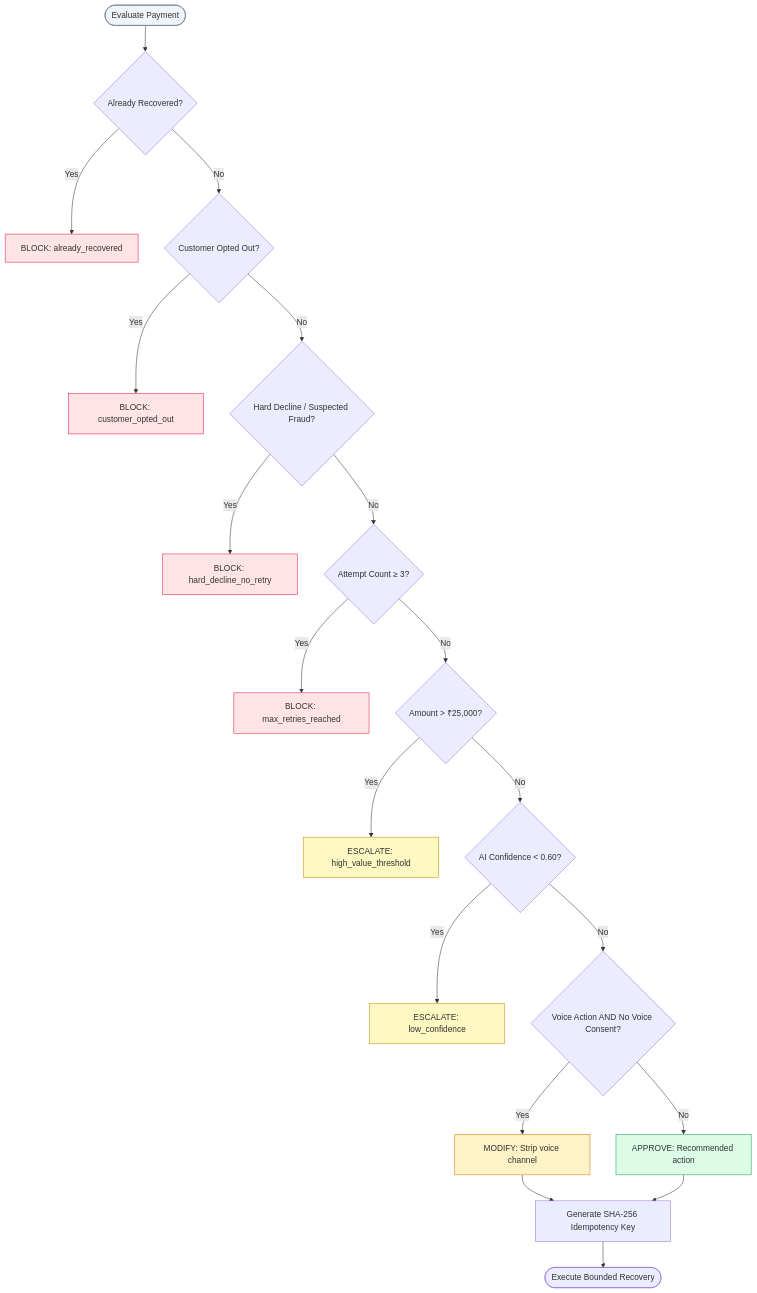
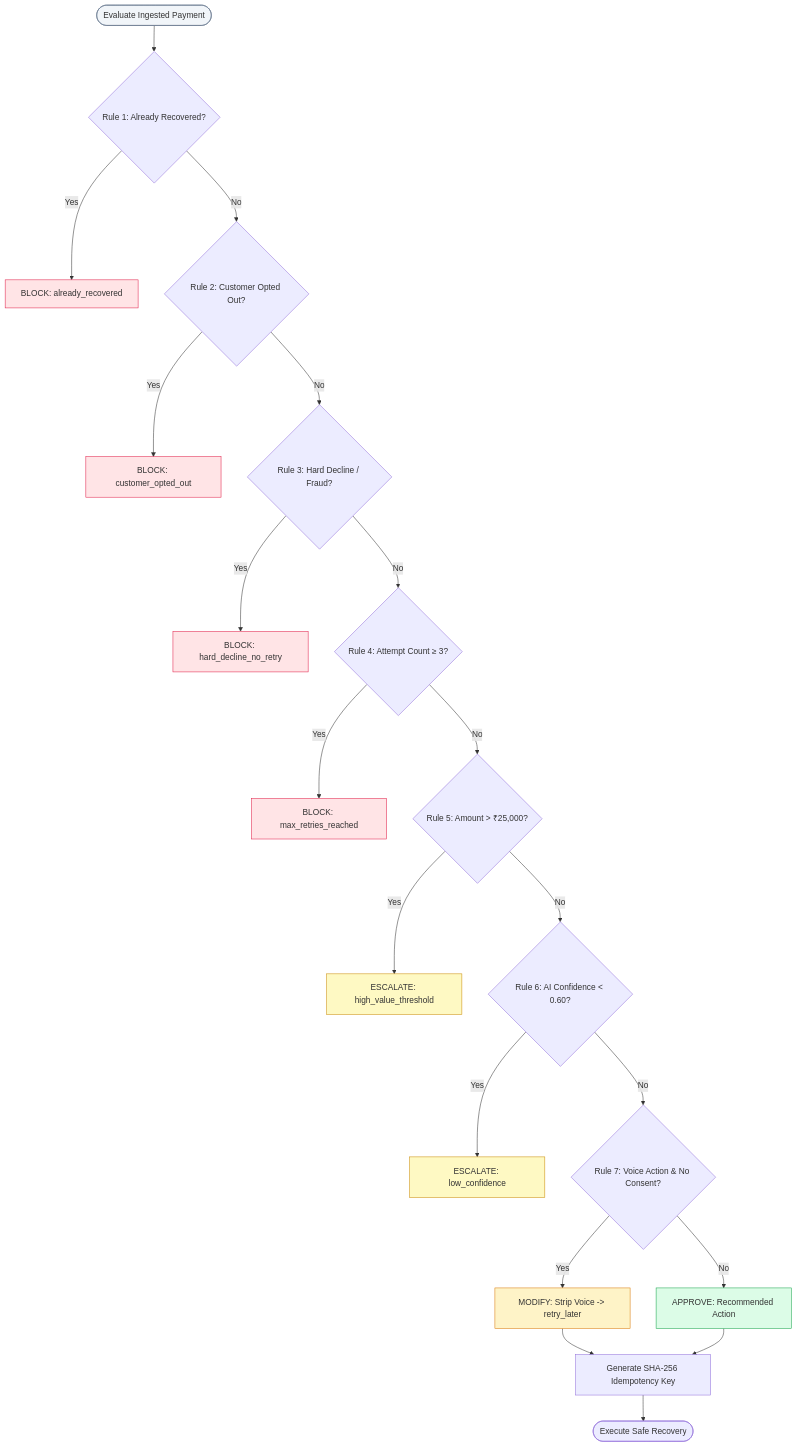
One commit to anishahuja1/RecoverIQ-policy-gated-recovery-agent changed the third of 3 diagrams in README.md. Above: the diagram before and after it, drawn with Mermaid. The commit also changed other lines of this file, not shown here.

````diff
--- a/README.md
+++ b/README.md
@@ -100,38 +171,38 @@
 ```mermaid
 flowchart TD
-    Start(["Evaluate Payment"]) --> R1{"Already Recovered?"}
+    Start(["Evaluate Ingested Payment"]) --> R1{"Rule 1: Already Recovered?"}
     R1 -- Yes --> B1["BLOCK: already_recovered"]
-    R1 -- No --> R2{"Customer Opted Out?"}
+    R1 -- No --> R2{"Rule 2: Customer Opted Out?"}
     
     R2 -- Yes --> B2["BLOCK: customer_opted_out"]
-    R2 -- No --> R3{"Hard Decline / Suspected Fraud?"}
+    R2 -- No --> R3{"Rule 3: Hard Decline / Fraud?"}
     
     R3 -- Yes --> B3["BLOCK: hard_decline_no_retry"]
-    R3 -- No --> R4{"Attempt Count ≥ 3?"}
+    R3 -- No --> R4{"Rule 4: Attempt Count ≥ 3?"}
     
     R4 -- Yes --> B4["BLOCK: max_retries_reached"]
-    R4 -- No --> R5{"Amount > ₹25,000?"}
+    R4 -- No --> R5{"Rule 5: Amount > ₹25,000?"}
     
     R5 -- Yes --> E1["ESCALATE: high_value_threshold"]
-    R5 -- No --> R6{"AI Confidence < 0.60?"}
+    R5 -- No --> R6{"Rule 6: AI Confidence < 0.60?"}
     
     R6 -- Yes --> E2["ESCALATE: low_confidence"]
-    R6 -- No --> R7{"Voice Action AND No Voice Consent?"}
+    R6 -- No --> R7{"Rule 7: Voice Action & No Consent?"}
     
-    R7 -- Yes --> M1["MODIFY: Strip voice channel"]
-    R7 -- No --> A1["APPROVE: Recommended action"]
+    R7 -- Yes --> M1["MODIFY: Strip Voice -> retry_later"]
+    R7 -- No --> A1["APPROVE: Recommended Action"]
     
     M1 --> Key["Generate SHA-256 Idempotency Key"]
     A1 --> Key
-    Key --> Done(["Execute Bounded Recovery"])
+    Key --> Done(["Execute Safe Recovery"])
 
     style Start fill:#f1f5f9,stroke:#64748b;
     style B1 fill:#ffe4e6,stroke:#e11d48;
     style B2 fill:#ffe4e6,stroke:#e11d48;
     style B3 fill:#ffe4e6,stroke:#e11d48;
     style B4 fill:#ffe4e6,stroke:#e11d48;
     style E1 fill:#fef9c3,stroke:#ca8a04;
     style E2 fill:#fef9c3,stroke:#ca8a04;
     style M1 fill:#fef3c7,stroke:#d97706;
     style A1 fill:#dcfce7,stroke:#16a34a;
 ```
````
